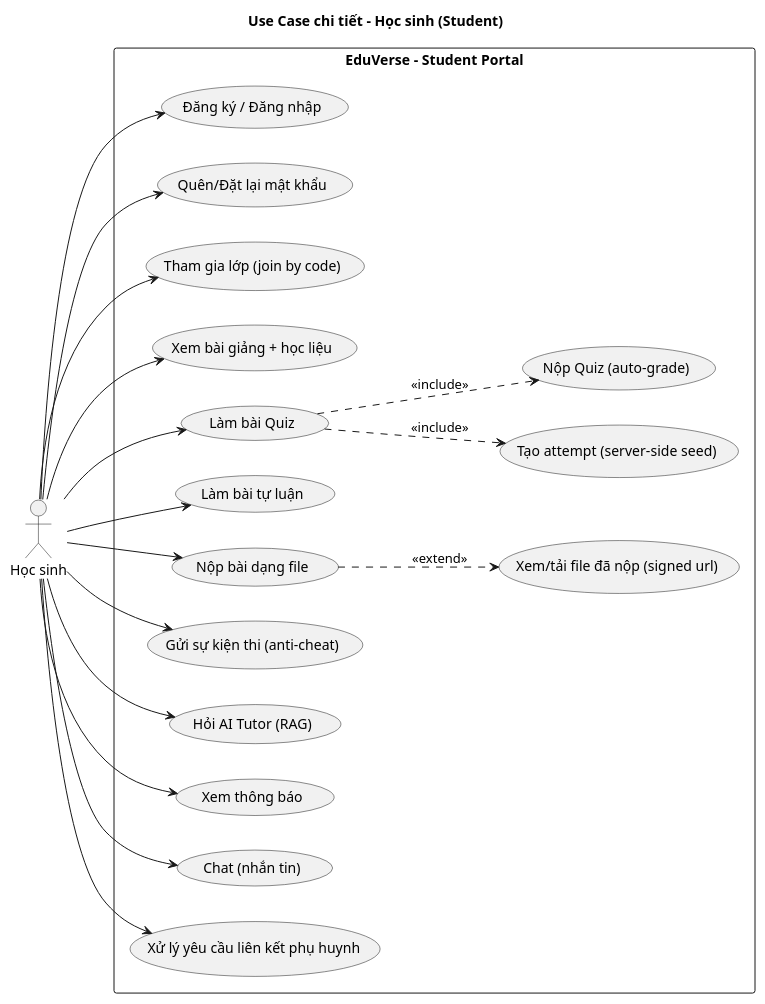
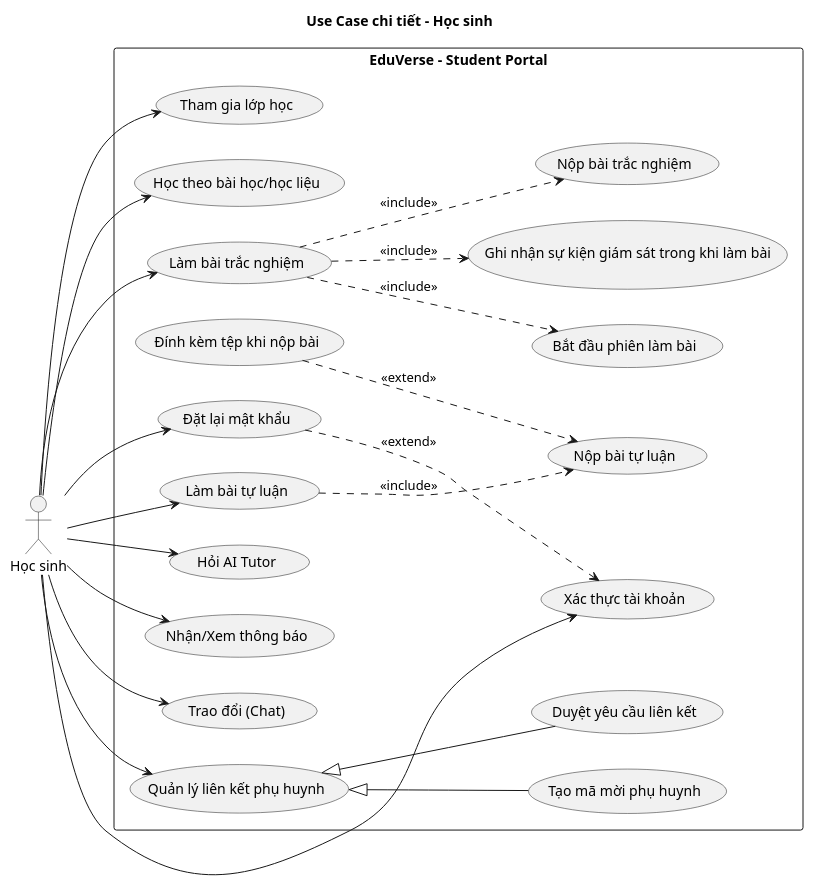
One commit to Tungggggggggggggg/secondary-lms-system changed the diagram in docs/luanvan/figures/uml/puml/usecase-student.puml. Above: the diagram before and after it, drawn with PlantUML. The commit also changed 13 other files, not shown here.

First line of the commit message:
Cập nhật và tinh chỉnh các sơ đồ ca sử dụng (Use Case) UML và mô tả

```diff
--- a/docs/luanvan/figures/uml/puml/usecase-student.puml
+++ b/docs/luanvan/figures/uml/puml/usecase-student.puml
@@ -1,49 +1,55 @@
 @startuml usecase-student
 left to right direction
-title Use Case chi tiết - Học sinh (Student)
+title Use Case chi tiết - Học sinh
 
 actor "Học sinh" as Student
 
 rectangle "EduVerse - Student Portal" {
-  usecase "Đăng ký / Đăng nhập" as UC_Login
-  usecase "Quên/Đặt lại mật khẩu" as UC_Reset
+  usecase "Xác thực tài khoản" as UC_Auth
+  usecase "Đặt lại mật khẩu" as UC_Reset
 
-  usecase "Tham gia lớp (join by code)" as UC_JoinClass
-  usecase "Xem bài giảng + học liệu" as UC_ViewLessons
+  usecase "Tham gia lớp học" as UC_JoinClass
+  usecase "Học theo bài học/học liệu" as UC_Learn
 
-  usecase "Làm bài Quiz" as UC_DoQuiz
-  usecase "Tạo attempt (server-side seed)" as UC_Attempt
-  usecase "Nộp Quiz (auto-grade)" as UC_SubmitQuiz
+  usecase "Làm bài trắc nghiệm" as UC_DoQuiz
+  usecase "Bắt đầu phiên làm bài" as UC_StartAttempt
+  usecase "Ghi nhận sự kiện giám sát trong khi làm bài" as UC_RecordEvents
+  usecase "Nộp bài trắc nghiệm" as UC_SubmitQuiz
 
   usecase "Làm bài tự luận" as UC_DoEssay
-  usecase "Nộp bài dạng file" as UC_FileSubmit
-  usecase "Xem/tải file đã nộp (signed url)" as UC_FileSignedUrl
+  usecase "Nộp bài tự luận" as UC_SubmitEssay
+  usecase "Đính kèm tệp khi nộp bài" as UC_AttachFiles
 
-  usecase "Gửi sự kiện thi (anti-cheat)" as UC_ExamEvents
+  usecase "Hỏi AI Tutor" as UC_Tutor
+  usecase "Nhận/Xem thông báo" as UC_Notif
+  usecase "Trao đổi (Chat)" as UC_Chat
 
-  usecase "Hỏi AI Tutor (RAG)" as UC_Tutor
-
-  usecase "Xem thông báo" as UC_Notif
-  usecase "Chat (nhắn tin)" as UC_Chat
-
-  usecase "Xử lý yêu cầu liên kết phụ huynh" as UC_ParentLink
+  usecase "Quản lý liên kết phụ huynh" as UC_ParentLink
+  usecase "Duyệt yêu cầu liên kết" as UC_ReviewLinkRequests
+  usecase "Tạo mã mời phụ huynh" as UC_CreateInvite
 }
 
-Student --> UC_Login
+Student --> UC_Auth
 Student --> UC_Reset
 Student --> UC_JoinClass
-Student --> UC_ViewLessons
+Student --> UC_Learn
 Student --> UC_DoQuiz
 Student --> UC_DoEssay
-Student --> UC_FileSubmit
 Student --> UC_Tutor
 Student --> UC_Notif
 Student --> UC_Chat
 Student --> UC_ParentLink
-Student --> UC_ExamEvents
 
-UC_DoQuiz ..> UC_Attempt : <<include>>
+UC_Reset ..> UC_Auth : <<extend>>
+
+UC_DoQuiz ..> UC_StartAttempt : <<include>>
+UC_DoQuiz ..> UC_RecordEvents : <<include>>
 UC_DoQuiz ..> UC_SubmitQuiz : <<include>>
-UC_FileSubmit ..> UC_FileSignedUrl : <<extend>>
+
+UC_DoEssay ..> UC_SubmitEssay : <<include>>
+UC_AttachFiles ..> UC_SubmitEssay : <<extend>>
+
+UC_ParentLink <|-- UC_ReviewLinkRequests
+UC_ParentLink <|-- UC_CreateInvite
 
 @enduml
```
